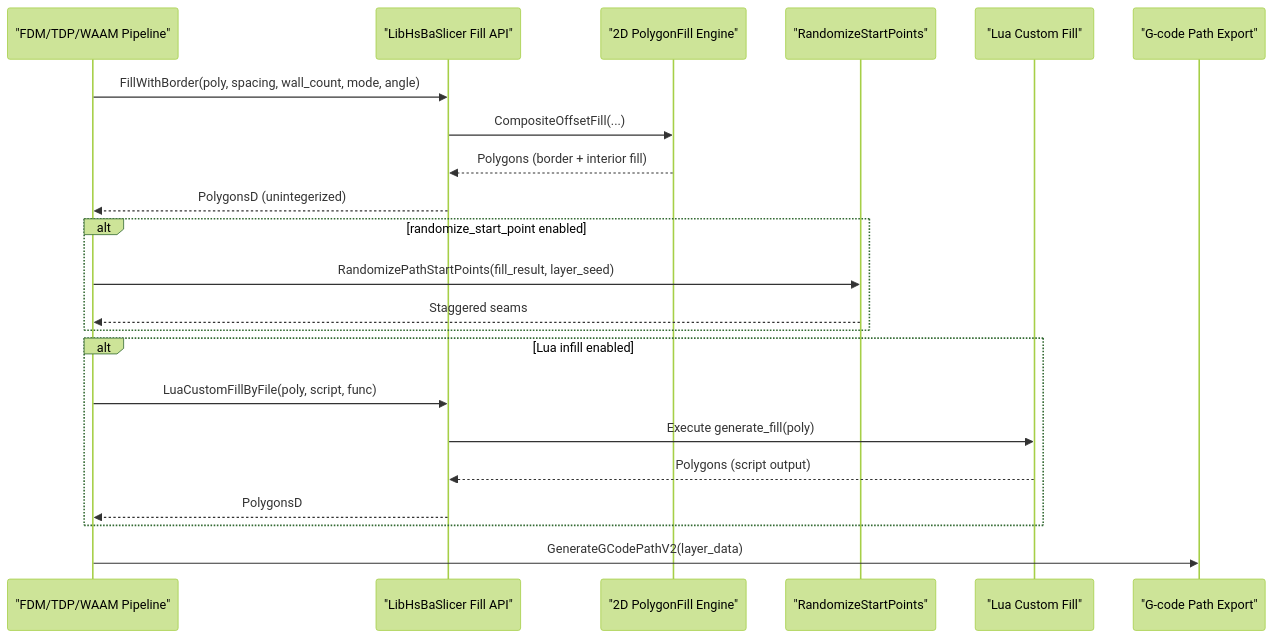
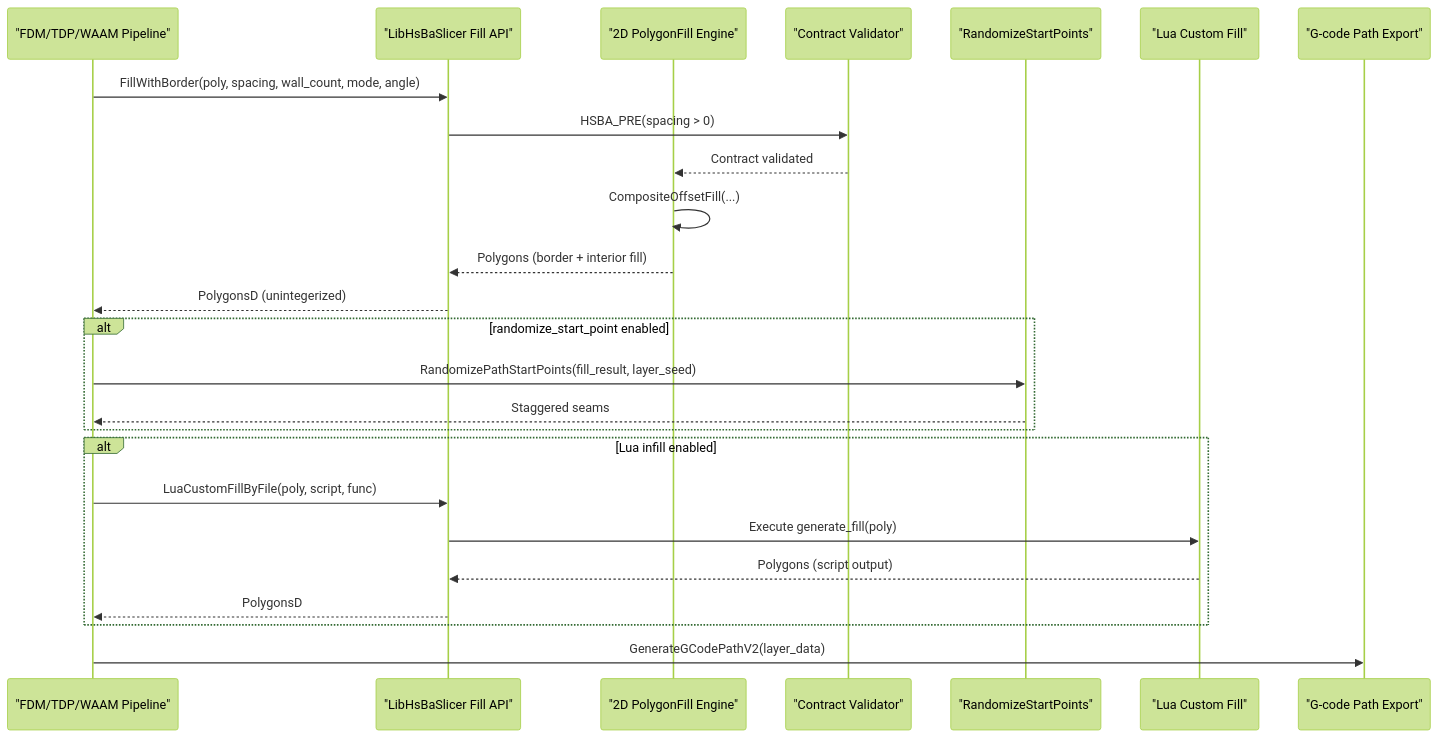
One commit to hsmbanlance/HsBaSlicer changed the second of 14 diagrams in .qoder/repowiki/en/content/Core Modules/2D Geometry Engine (2D_)/Polygon Fill Algorithms.md. Above: the diagram before and after it, drawn with Mermaid (forest theme). The commit also changed other lines of this file and 202 other files, not shown here.

````diff
--- a/.qoder/repowiki/en/content/Core Modules/2D Geometry Engine (2D_)/Polygon Fill Algorithms.md
+++ b/.qoder/repowiki/en/content/Core Modules/2D Geometry Engine (2D_)/Polygon Fill Algorithms.md
@@ -136,24 +150,27 @@
 ```mermaid
 sequenceDiagram
 participant Pipeline as "FDM/TDP/WAAM Pipeline"
 participant LibAPI as "LibHsBaSlicer Fill API"
 participant Engine as "2D PolygonFill Engine"
+participant Validator as "Contract Validator"
 participant Randomizer as "RandomizeStartPoints"
 participant Lua as "Lua Custom Fill"
 participant Export as "G-code Path Export"
 Pipeline->>LibAPI : FillWithBorder(poly, spacing, wall_count, mode, angle)
-LibAPI->>Engine : CompositeOffsetFill(...)
+LibAPI->>Validator : HSBA_PRE(spacing > 0)
+Validator-->>Engine : Contract validated
+Engine->>Engine : CompositeOffsetFill(...)
 Engine-->>LibAPI : Polygons (border + interior fill)
 LibAPI-->>Pipeline : PolygonsD (unintegerized)
 alt randomize_start_point enabled
 Pipeline->>Randomizer : RandomizePathStartPoints(fill_result, layer_seed)
 Randomizer-->>Pipeline : Staggered seams
 end
 alt Lua infill enabled
 Pipeline->>LibAPI : LuaCustomFillByFile(poly, script, func)
 LibAPI->>Lua : Execute generate_fill(poly)
 Lua-->>LibAPI : Polygons (script output)
 LibAPI-->>Pipeline : PolygonsD
 end
 Pipeline->>Export : GenerateGCodePathV2(layer_data)
 ```
````
